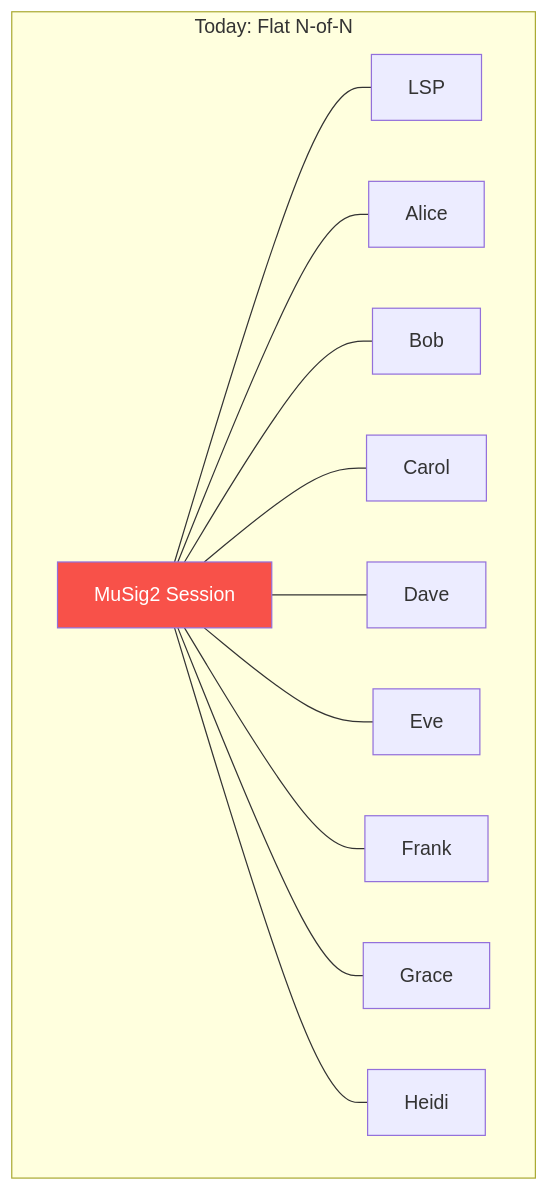
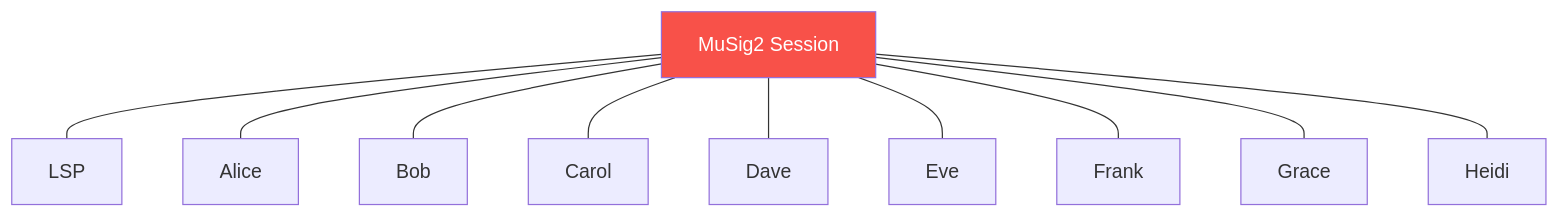
One commit to 8144225309/superscalar-docs changed the first of 5 diagrams in research/research-horizon.md. Above: the diagram before and after it, drawn with Mermaid. The commit also changed other lines of this file and 3 other files, not shown here.

First line of the commit message:
Fix Mermaid rendering bug, restructure research section

````diff
--- a/research/research-horizon.md
+++ b/research/research-horizon.md
@@ -13,16 +13,25 @@
 ```mermaid
 graph TD
-    subgraph "Today: Flat N-of-N"
-        S1["MuSig2 Session"] --- LSP1["LSP"]
-        S1 --- A1["Alice"]
-        S1 --- B1["Bob"]
-        S1 --- C1["Carol"]
-        S1 --- D1["Dave"]
-        S1 --- E1["Eve"]
-        S1 --- F1["Frank"]
-        S1 --- G1["Grace"]
-        S1 --- H1["Heidi"]
-    end
+    S1["MuSig2 Session"]
+    LSP1["LSP"]
+    A1["Alice"]
+    B1["Bob"]
+    C1["Carol"]
+    D1["Dave"]
+    E1["Eve"]
+    F1["Frank"]
+    G1["Grace"]
+    H1["Heidi"]
+
+    S1 --- LSP1
+    S1 --- A1
+    S1 --- B1
+    S1 --- C1
+    S1 --- D1
+    S1 --- E1
+    S1 --- F1
+    S1 --- G1
+    S1 --- H1
 
     style S1 fill:#f85149,color:#fff
 ```
````
